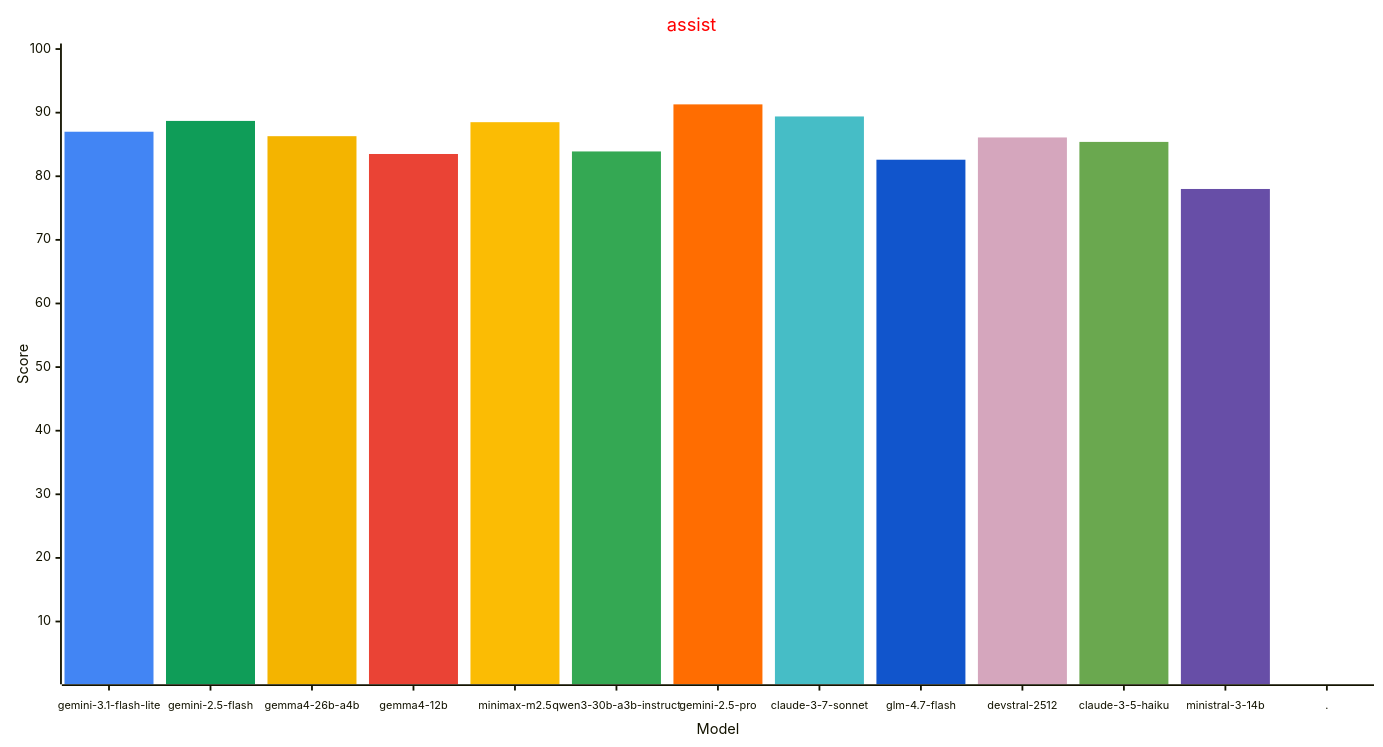
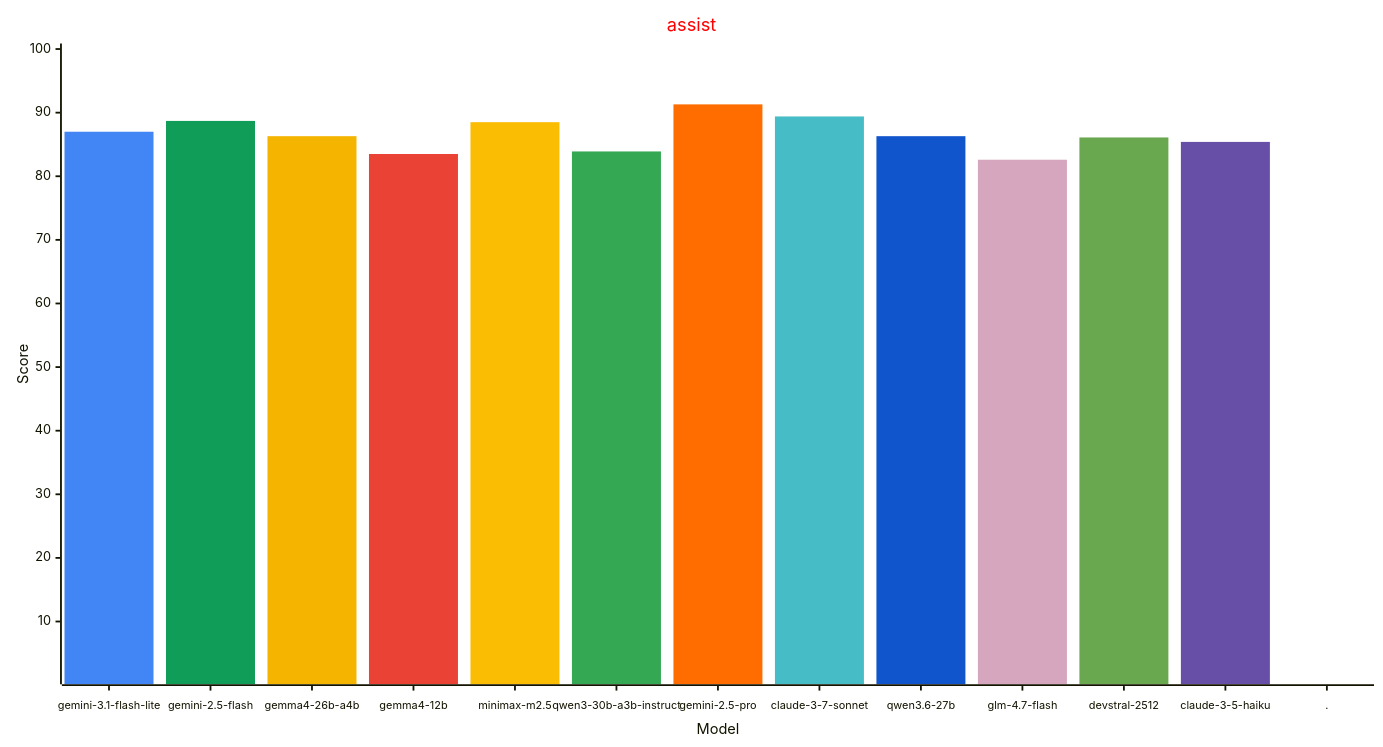
Before and after one commit to allenporter/home-assistant-datasets: the first of 4 diagrams in reports/README.md, drawn with Mermaid. The commit also changed other lines of this file, not shown here.

````diff
--- a/reports/README.md
+++ b/reports/README.md
@@ -64,33 +65,33 @@
 ```mermaid
 ---
 config:
     xyChart:
         width: 1500
         height: 800
         xAxis:
           labelFontSize: 12
           labelPadding: 8
     themeVariables:
         xyChart:
             titleColor: "#ff0000"
             plotColorPalette: "#4285f4, #0f9d58, #f4b400, #ea4335, #fbbc04, #34a853, #ff6d01, #46bdc6, #1155cc, #d5a6bd, #6aa84f, #674ea7, #4285f4"
 
 ---
 xychart-beta
   title "assist"
-  x-axis "Model" [gemini-3.1-flash-lite, gemini-2.5-flash, gemma4-26b-a4b, gemma4-12b, minimax-m2.5, qwen3-30b-a3b-instruct, gemini-2.5-pro, claude-3-7-sonnet, glm-4.7-flash, devstral-2512, claude-3-5-haiku, ministral-3-14b, .]
+  x-axis "Model" [gemini-3.1-flash-lite, gemini-2.5-flash, gemma4-26b-a4b, gemma4-12b, minimax-m2.5, qwen3-30b-a3b-instruct, gemini-2.5-pro, claude-3-7-sonnet, qwen3.6-27b, glm-4.7-flash, devstral-2512, claude-3-5-haiku, .]
   y-axis "Score" 1 --> 100
   bar [87.0, 0.0, 0.0, 0.0, 0.0, 0.0, 0.0, 0.0, 0.0, 0.0, 0.0, 0.0, 0.0]
   bar [0.0, 88.7, 0.0, 0.0, 0.0, 0.0, 0.0, 0.0, 0.0, 0.0, 0.0, 0.0, 0.0]
   bar [0.0, 0.0, 86.3, 0.0, 0.0, 0.0, 0.0, 0.0, 0.0, 0.0, 0.0, 0.0, 0.0]
   bar [0.0, 0.0, 0.0, 83.5, 0.0, 0.0, 0.0, 0.0, 0.0, 0.0, 0.0, 0.0, 0.0]
   bar [0.0, 0.0, 0.0, 0.0, 88.5, 0.0, 0.0, 0.0, 0.0, 0.0, 0.0, 0.0, 0.0]
   bar [0.0, 0.0, 0.0, 0.0, 0.0, 83.9, 0.0, 0.0, 0.0, 0.0, 0.0, 0.0, 0.0]
   bar [0.0, 0.0, 0.0, 0.0, 0.0, 0.0, 91.3, 0.0, 0.0, 0.0, 0.0, 0.0, 0.0]
   bar [0.0, 0.0, 0.0, 0.0, 0.0, 0.0, 0.0, 89.4, 0.0, 0.0, 0.0, 0.0, 0.0]
-  bar [0.0, 0.0, 0.0, 0.0, 0.0, 0.0, 0.0, 0.0, 82.6, 0.0, 0.0, 0.0, 0.0]
-  bar [0.0, 0.0, 0.0, 0.0, 0.0, 0.0, 0.0, 0.0, 0.0, 86.1, 0.0, 0.0, 0.0]
-  bar [0.0, 0.0, 0.0, 0.0, 0.0, 0.0, 0.0, 0.0, 0.0, 0.0, 85.4, 0.0, 0.0]
-  bar [0.0, 0.0, 0.0, 0.0, 0.0, 0.0, 0.0, 0.0, 0.0, 0.0, 0.0, 78.0, 0.0]
+  bar [0.0, 0.0, 0.0, 0.0, 0.0, 0.0, 0.0, 0.0, 86.3, 0.0, 0.0, 0.0, 0.0]
+  bar [0.0, 0.0, 0.0, 0.0, 0.0, 0.0, 0.0, 0.0, 0.0, 82.6, 0.0, 0.0, 0.0]
+  bar [0.0, 0.0, 0.0, 0.0, 0.0, 0.0, 0.0, 0.0, 0.0, 0.0, 86.1, 0.0, 0.0]
+  bar [0.0, 0.0, 0.0, 0.0, 0.0, 0.0, 0.0, 0.0, 0.0, 0.0, 0.0, 85.4, 0.0]
   bar [0.0, 0.0, 0.0, 0.0, 0.0, 0.0, 0.0, 0.0, 0.0, 0.0, 0.0, 0.0, -1.0]
 ```
````
